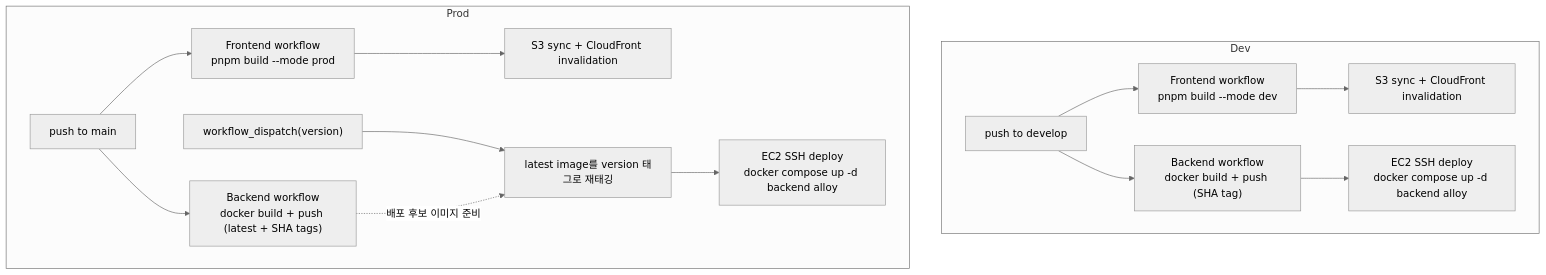
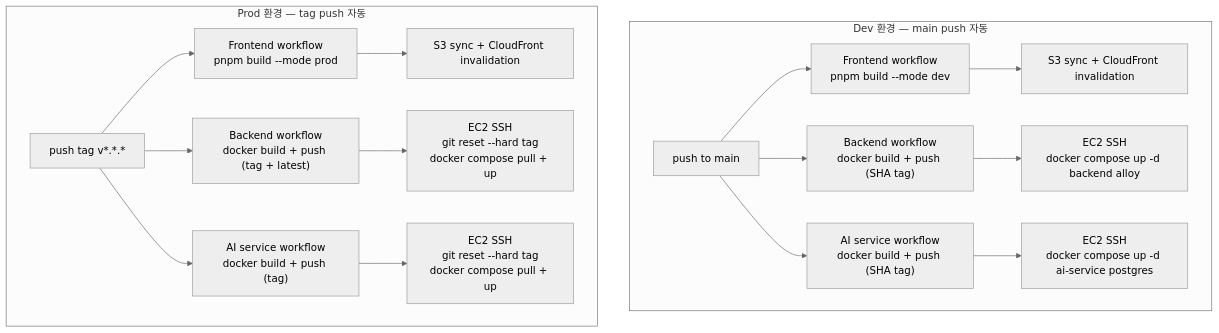
The fourth of 4 diagrams in docs/architecture.md (g1ennk/FlowMate), drawn with Mermaid (neutral theme) before and after one commit. The commit also changed other lines of this file, not shown here.

Commit message:
docs(architecture): rewrite §4 — trunk-based model + evolution narrative

````diff
--- a/docs/architecture.md
+++ b/docs/architecture.md
@@ -155,18 +163,20 @@
 ```mermaid
 flowchart TD
-    subgraph Dev["Dev"]
-        D1["push to develop"] --> D2["Frontend workflow<br/>pnpm build --mode dev"]
-        D1 --> D3["Backend workflow<br/>docker build + push (SHA tag)"]
-        D2 --> D4["S3 sync + CloudFront invalidation"]
-        D3 --> D5["EC2 SSH deploy<br/>docker compose up -d backend alloy"]
+    subgraph Dev["Dev 환경 — main push 자동"]
+        D0["push to main"] --> D1["Frontend workflow<br/>pnpm build --mode dev"]
+        D0 --> D2["Backend workflow<br/>docker build + push (SHA tag)"]
+        D0 --> D3["AI service workflow<br/>docker build + push (SHA tag)"]
+        D1 --> D4["S3 sync + CloudFront invalidation"]
+        D2 --> D5["EC2 SSH<br/>docker compose up -d backend alloy"]
+        D3 --> D6["EC2 SSH<br/>docker compose up -d ai-service postgres"]
     end
 
-    subgraph Prod["Prod"]
-        P1["push to main"] --> P2["Frontend workflow<br/>pnpm build --mode prod"]
-        P1 --> P3["Backend workflow<br/>docker build + push (latest + SHA tags)"]
-        P2 --> P4["S3 sync + CloudFront invalidation"]
-        P5["workflow_dispatch(version)"] --> P6["latest image를 version 태그로 재태깅"]
-        P3 -. " 배포 후보 이미지 준비 " .-> P6
-        P6 --> P7["EC2 SSH deploy<br/>docker compose up -d backend alloy"]
+    subgraph Prod["Prod 환경 — tag push 자동"]
+        P0["push tag v*.*.*"] --> P1["Frontend workflow<br/>pnpm build --mode prod"]
+        P0 --> P2["Backend workflow<br/>docker build + push (tag + latest)"]
+        P0 --> P3["AI service workflow<br/>docker build + push (tag)"]
+        P1 --> P4["S3 sync + CloudFront invalidation"]
+        P2 --> P5["EC2 SSH<br/>git reset --hard tag<br/>docker compose pull + up"]
+        P3 --> P6["EC2 SSH<br/>git reset --hard tag<br/>docker compose pull + up"]
     end
 ```
````
